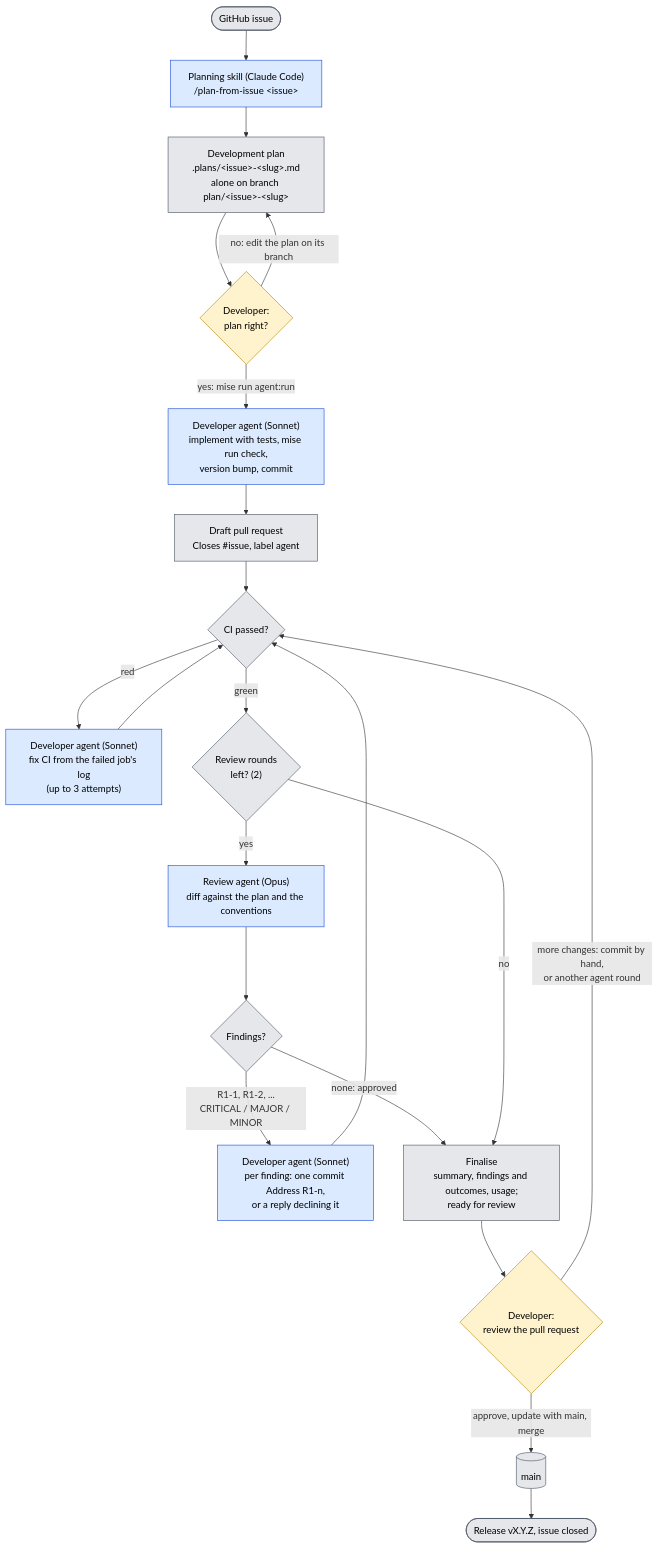
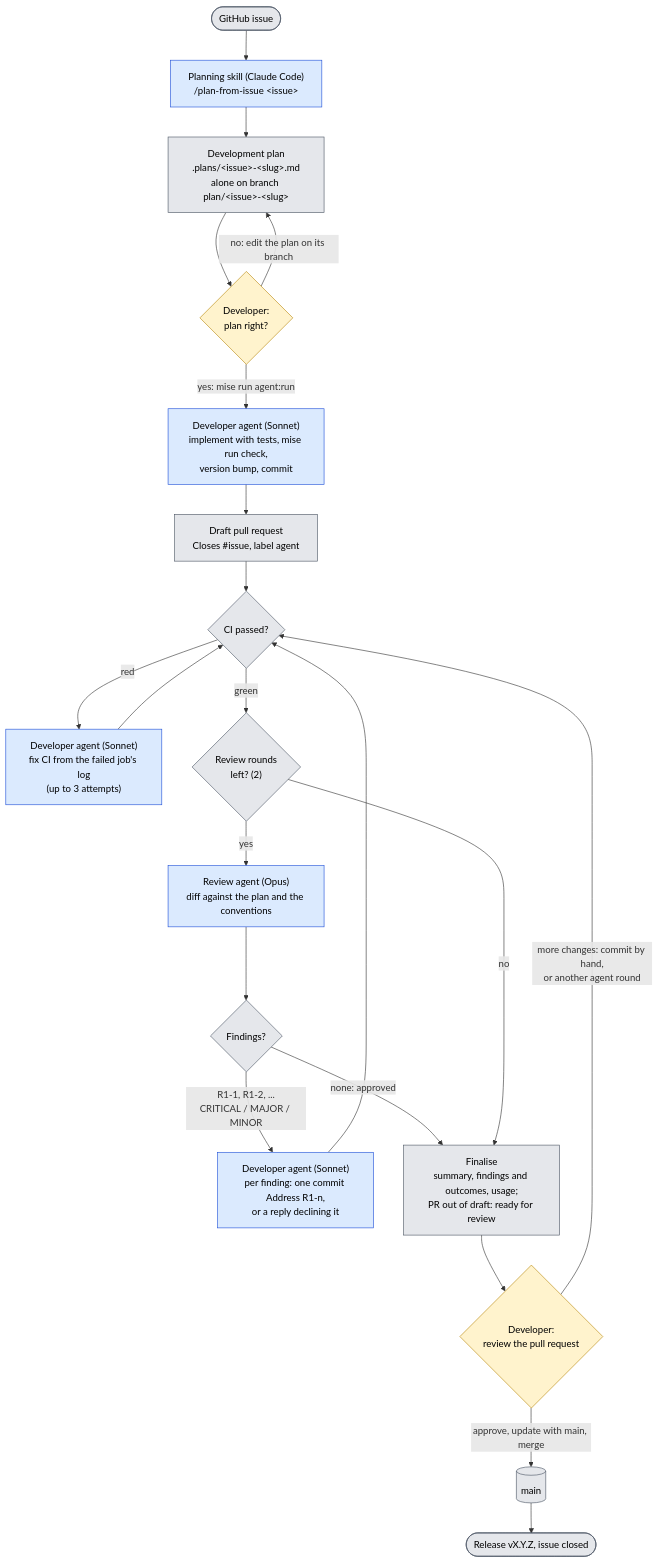
Before and after one commit to ramazangirgin/trading-analysis-platform: the diagram in doc/agentic-development.md, drawn with Mermaid. The commit also changed other lines of this file, not shown here.

Commit message:
Agentic development doc: the last step takes the pull request out of draft

````diff
--- a/doc/agentic-development.md
+++ b/doc/agentic-development.md
@@ -10,30 +10,30 @@
 ```mermaid
 flowchart TD
     issue(["GitHub issue"]) --> skill["Planning skill (Claude Code)<br/>/plan-from-issue #lt;issue#gt;"]
     skill --> plan["Development plan<br/>.plans/#lt;issue#gt;-#lt;slug#gt;.md<br/>alone on branch plan/#lt;issue#gt;-#lt;slug#gt;"]
     plan --> approvePlan{"Developer:<br/>plan right?"}
     approvePlan -- "no: edit the plan on its branch" --> plan
     approvePlan -- "yes: mise run agent:run" --> implement["Developer agent (Sonnet)<br/>implement with tests, mise run check,<br/>version bump, commit"]
     implement --> draft["Draft pull request<br/>Closes #issue, label agent"]
     draft --> ci{"CI passed?"}
     ci -- "red" --> fixCi["Developer agent (Sonnet)<br/>fix CI from the failed job's log<br/>(up to 3 attempts)"]
     fixCi --> ci
     ci -- "green" --> rounds{"Review rounds<br/>left? (2)"}
     rounds -- "yes" --> review["Review agent (Opus)<br/>diff against the plan and the conventions"]
     review --> findings{"Findings?"}
     findings -- "R1-1, R1-2, ...<br/>CRITICAL / MAJOR / MINOR" --> fix["Developer agent (Sonnet)<br/>per finding: one commit Address R1-n,<br/>or a reply declining it"]
     fix --> ci
     findings -- "none: approved" --> finalise
-    rounds -- "no" --> finalise["Finalise<br/>summary, findings and outcomes, usage;<br/>ready for review"]
+    rounds -- "no" --> finalise["Finalise<br/>summary, findings and outcomes, usage;<br/>PR out of draft: ready for review"]
     finalise --> reviewPr{"Developer:<br/>review the pull request"}
     reviewPr -- "more changes: commit by hand,<br/>or another agent round" --> ci
     reviewPr -- "approve, update with main, merge" --> main[("main")]
     main --> release(["Release vX.Y.Z, issue closed"])
 
     classDef developer fill:#fff3cd,stroke:#b8860b,color:#000
     classDef agent fill:#dbeafe,stroke:#1d4ed8,color:#000
     classDef github fill:#e5e7eb,stroke:#4b5563,color:#000
     class approvePlan,reviewPr developer
     class skill,implement,fixCi,review,fix agent
     class issue,plan,draft,ci,rounds,findings,finalise,main,release github
 ```
````
